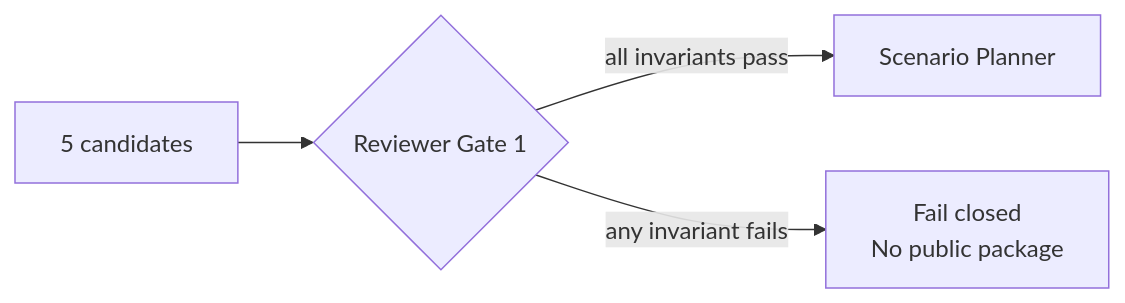
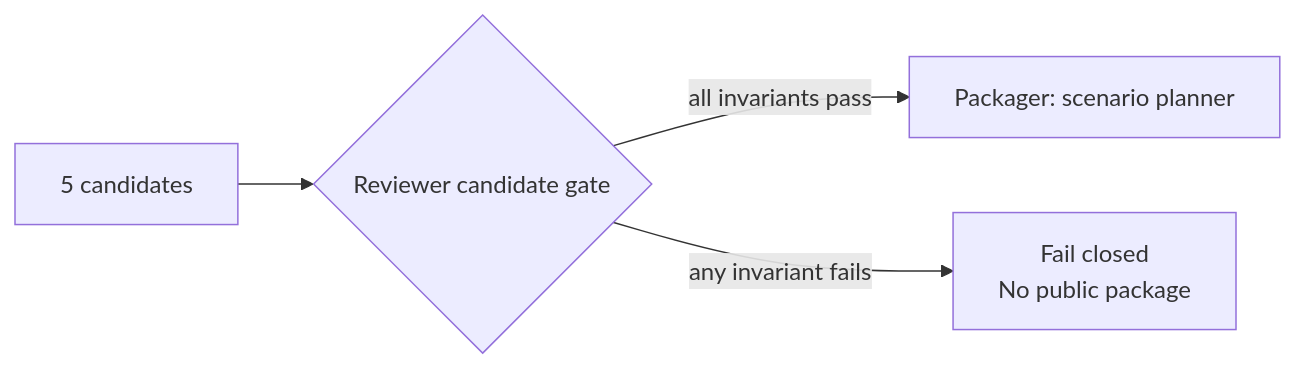
One commit to thiaga-gk/expert-funicular changed diagram 12 of 19 in docs/architecture/lld.md. Above: the diagram before and after it, drawn with Mermaid. The commit also changed other lines of this file and 11 other files, not shown here.

First line of the commit message:
Reorg Phase 10 step E: docs describe the capability architecture

````diff
--- a/docs/architecture/lld.md
+++ b/docs/architecture/lld.md
@@ -1151,6 +1144,6 @@
 ```mermaid
 flowchart LR
-    C[5 candidates] --> R{Reviewer Gate 1}
-    R -->|all invariants pass| S[Scenario Planner]
+    C[5 candidates] --> R{Reviewer candidate gate}
+    R -->|all invariants pass| S[Packager: scenario planner]
     R -->|any invariant fails| F[Fail closed<br/>No public package]
 ```
````
